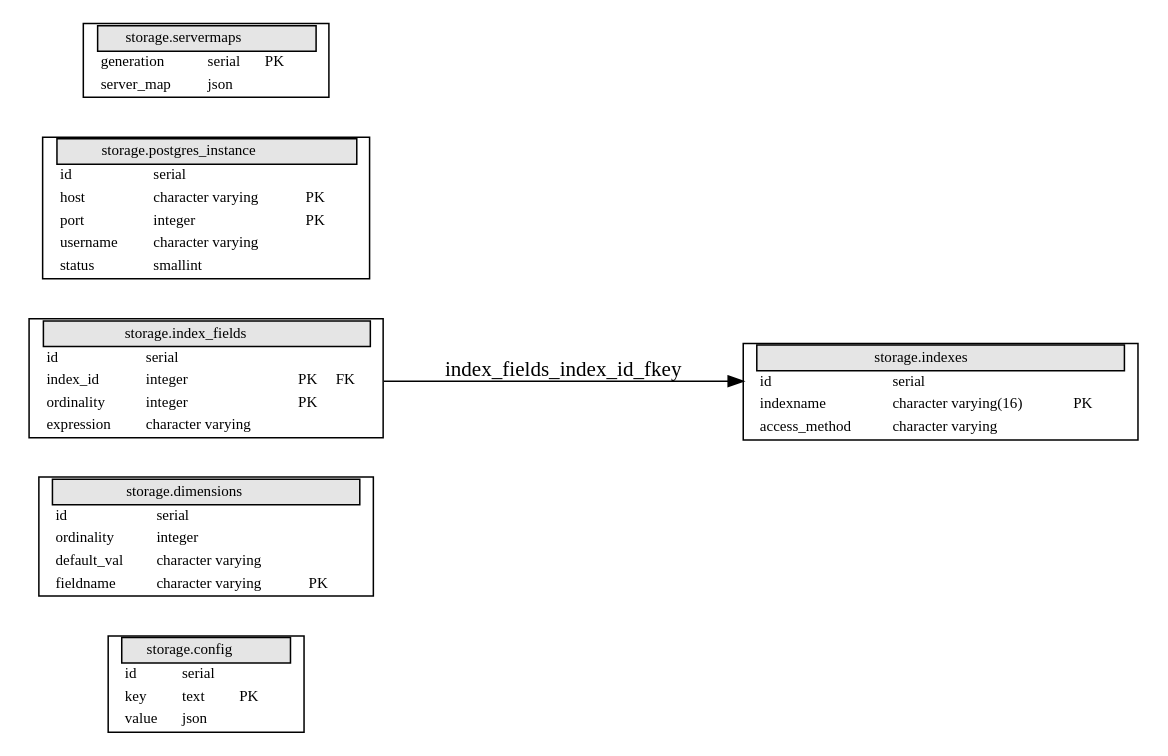
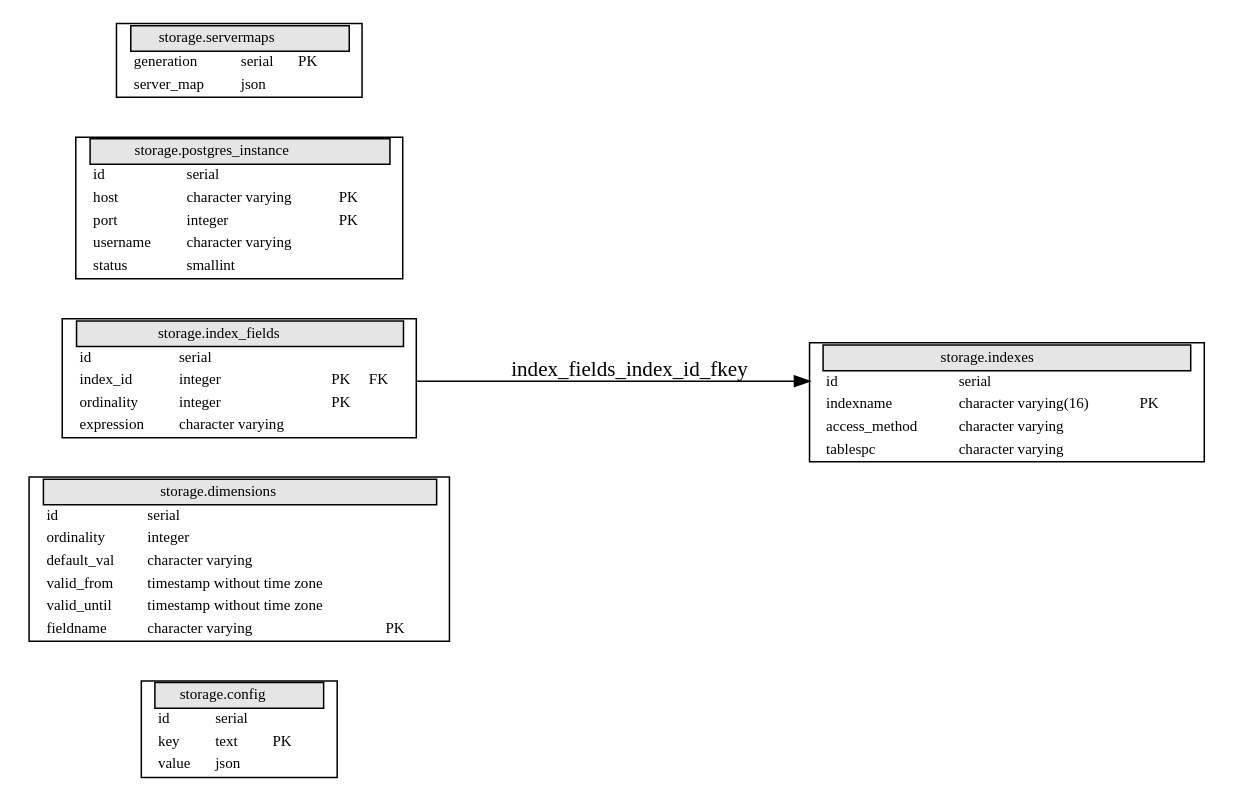
Before and after one commit to onemoredata/bagger: the diagram in docs/database/lenkwerk.dot, drawn with Graphviz. The commit also changed 13 other files, not shown here.

First line of the commit message:
Added valid_from/valid_until for dimensions

```diff
--- a/docs/database/lenkwerk.dot
+++ b/docs/database/lenkwerk.dot
@@ -1,29 +1,29 @@
 digraph g {
 graph [
 rankdir = "LR",
 concentrate = true,
 ratio = auto
 ];
 node [
 fontsize = "10",
 shape = record
 ];
 edge [
 ];
 
 "storage.config" [shape = plaintext, label = < <TABLE BORDER="1" CELLBORDER="0" CELLSPACING="0"> <TR ><TD PORT="ltcol0"> </TD> <TD bgcolor="grey90" border="1" COLSPAN="4"> \N </TD> <TD PORT="rtcol0"></TD></TR>  <TR><TD PORT="ltcol1" ></TD><TD align="left" > id </TD><TD align="left" > serial </TD><TD align="left" >  </TD><TD align="left" >  </TD><TD align="left" PORT="rtcol1"> </TD></TR> <TR><TD PORT="ltcol2" ></TD><TD align="left" > key </TD><TD align="left" > text </TD><TD align="left" > PK </TD><TD align="left" >  </TD><TD align="left" PORT="rtcol2"> </TD></TR> <TR><TD PORT="ltcol3" ></TD><TD align="left" > value </TD><TD align="left" > json </TD><TD align="left" >  </TD><TD align="left" >  </TD><TD align="left" PORT="rtcol3"> </TD></TR> </TABLE>> ];
 
-"storage.dimensions" [shape = plaintext, label = < <TABLE BORDER="1" CELLBORDER="0" CELLSPACING="0"> <TR ><TD PORT="ltcol0"> </TD> <TD bgcolor="grey90" border="1" COLSPAN="4"> \N </TD> <TD PORT="rtcol0"></TD></TR>  <TR><TD PORT="ltcol1" ></TD><TD align="left" > id </TD><TD align="left" > serial </TD><TD align="left" >  </TD><TD align="left" >  </TD><TD align="left" PORT="rtcol1"> </TD></TR> <TR><TD PORT="ltcol2" ></TD><TD align="left" > ordinality </TD><TD align="left" > integer </TD><TD align="left" >  </TD><TD align="left" >  </TD><TD align="left" PORT="rtcol2"> </TD></TR> <TR><TD PORT="ltcol3" ></TD><TD align="left" > default_val </TD><TD align="left" > character varying </TD><TD align="left" >  </TD><TD align="left" >  </TD><TD align="left" PORT="rtcol3"> </TD></TR> <TR><TD PORT="ltcol4" ></TD><TD align="left" > fieldname </TD><TD align="left" > character varying </TD><TD align="left" > PK </TD><TD align="left" >  </TD><TD align="left" PORT="rtcol4"> </TD></TR> </TABLE>> ];
+"storage.dimensions" [shape = plaintext, label = < <TABLE BORDER="1" CELLBORDER="0" CELLSPACING="0"> <TR ><TD PORT="ltcol0"> </TD> <TD bgcolor="grey90" border="1" COLSPAN="4"> \N </TD> <TD PORT="rtcol0"></TD></TR>  <TR><TD PORT="ltcol1" ></TD><TD align="left" > id </TD><TD align="left" > serial </TD><TD align="left" >  </TD><TD align="left" >  </TD><TD align="left" PORT="rtcol1"> </TD></TR> <TR><TD PORT="ltcol2" ></TD><TD align="left" > ordinality </TD><TD align="left" > integer </TD><TD align="left" >  </TD><TD align="left" >  </TD><TD align="left" PORT="rtcol2"> </TD></TR> <TR><TD PORT="ltcol3" ></TD><TD align="left" > default_val </TD><TD align="left" > character varying </TD><TD align="left" >  </TD><TD align="left" >  </TD><TD align="left" PORT="rtcol3"> </TD></TR> <TR><TD PORT="ltcol4" ></TD><TD align="left" > valid_from </TD><TD align="left" > timestamp without time zone </TD><TD align="left" >  </TD><TD align="left" >  </TD><TD align="left" PORT="rtcol4"> </TD></TR> <TR><TD PORT="ltcol5" ></TD><TD align="left" > valid_until </TD><TD align="left" > timestamp without time zone </TD><TD align="left" >  </TD><TD align="left" >  </TD><TD align="left" PORT="rtcol5"> </TD></TR> <TR><TD PORT="ltcol6" ></TD><TD align="left" > fieldname </TD><TD align="left" > character varying </TD><TD align="left" > PK </TD><TD align="left" >  </TD><TD align="left" PORT="rtcol6"> </TD></TR> </TABLE>> ];
 
 "storage.index_fields" [shape = plaintext, label = < <TABLE BORDER="1" CELLBORDER="0" CELLSPACING="0"> <TR ><TD PORT="ltcol0"> </TD> <TD bgcolor="grey90" border="1" COLSPAN="4"> \N </TD> <TD PORT="rtcol0"></TD></TR>  <TR><TD PORT="ltcol1" ></TD><TD align="left" > id </TD><TD align="left" > serial </TD><TD align="left" >  </TD><TD align="left" >  </TD><TD align="left" PORT="rtcol1"> </TD></TR> <TR><TD PORT="ltcol2" ></TD><TD align="left" > index_id </TD><TD align="left" > integer </TD><TD align="left" > PK </TD><TD align="left" > FK </TD><TD align="left" PORT="rtcol2"> </TD></TR> <TR><TD PORT="ltcol3" ></TD><TD align="left" > ordinality </TD><TD align="left" > integer </TD><TD align="left" > PK </TD><TD align="left" >  </TD><TD align="left" PORT="rtcol3"> </TD></TR> <TR><TD PORT="ltcol4" ></TD><TD align="left" > expression </TD><TD align="left" > character varying </TD><TD align="left" >  </TD><TD align="left" >  </TD><TD align="left" PORT="rtcol4"> </TD></TR> </TABLE>> ];
 
-"storage.indexes" [shape = plaintext, label = < <TABLE BORDER="1" CELLBORDER="0" CELLSPACING="0"> <TR ><TD PORT="ltcol0"> </TD> <TD bgcolor="grey90" border="1" COLSPAN="4"> \N </TD> <TD PORT="rtcol0"></TD></TR>  <TR><TD PORT="ltcol1" ></TD><TD align="left" > id </TD><TD align="left" > serial </TD><TD align="left" >  </TD><TD align="left" >  </TD><TD align="left" PORT="rtcol1"> </TD></TR> <TR><TD PORT="ltcol2" ></TD><TD align="left" > indexname </TD><TD align="left" > character varying(16) </TD><TD align="left" > PK </TD><TD align="left" >  </TD><TD align="left" PORT="rtcol2"> </TD></TR> <TR><TD PORT="ltcol3" ></TD><TD align="left" > access_method </TD><TD align="left" > character varying </TD><TD align="left" >  </TD><TD align="left" >  </TD><TD align="left" PORT="rtcol3"> </TD></TR> </TABLE>> ];
+"storage.indexes" [shape = plaintext, label = < <TABLE BORDER="1" CELLBORDER="0" CELLSPACING="0"> <TR ><TD PORT="ltcol0"> </TD> <TD bgcolor="grey90" border="1" COLSPAN="4"> \N </TD> <TD PORT="rtcol0"></TD></TR>  <TR><TD PORT="ltcol1" ></TD><TD align="left" > id </TD><TD align="left" > serial </TD><TD align="left" >  </TD><TD align="left" >  </TD><TD align="left" PORT="rtcol1"> </TD></TR> <TR><TD PORT="ltcol2" ></TD><TD align="left" > indexname </TD><TD align="left" > character varying(16) </TD><TD align="left" > PK </TD><TD align="left" >  </TD><TD align="left" PORT="rtcol2"> </TD></TR> <TR><TD PORT="ltcol3" ></TD><TD align="left" > access_method </TD><TD align="left" > character varying </TD><TD align="left" >  </TD><TD align="left" >  </TD><TD align="left" PORT="rtcol3"> </TD></TR> <TR><TD PORT="ltcol4" ></TD><TD align="left" > tablespc </TD><TD align="left" > character varying </TD><TD align="left" >  </TD><TD align="left" >  </TD><TD align="left" PORT="rtcol4"> </TD></TR> </TABLE>> ];
 
 "storage.postgres_instance" [shape = plaintext, label = < <TABLE BORDER="1" CELLBORDER="0" CELLSPACING="0"> <TR ><TD PORT="ltcol0"> </TD> <TD bgcolor="grey90" border="1" COLSPAN="4"> \N </TD> <TD PORT="rtcol0"></TD></TR>  <TR><TD PORT="ltcol1" ></TD><TD align="left" > id </TD><TD align="left" > serial </TD><TD align="left" >  </TD><TD align="left" >  </TD><TD align="left" PORT="rtcol1"> </TD></TR> <TR><TD PORT="ltcol2" ></TD><TD align="left" > host </TD><TD align="left" > character varying </TD><TD align="left" > PK </TD><TD align="left" >  </TD><TD align="left" PORT="rtcol2"> </TD></TR> <TR><TD PORT="ltcol3" ></TD><TD align="left" > port </TD><TD align="left" > integer </TD><TD align="left" > PK </TD><TD align="left" >  </TD><TD align="left" PORT="rtcol3"> </TD></TR> <TR><TD PORT="ltcol4" ></TD><TD align="left" > username </TD><TD align="left" > character varying </TD><TD align="left" >  </TD><TD align="left" >  </TD><TD align="left" PORT="rtcol4"> </TD></TR> <TR><TD PORT="ltcol5" ></TD><TD align="left" > status </TD><TD align="left" > smallint </TD><TD align="left" >  </TD><TD align="left" >  </TD><TD align="left" PORT="rtcol5"> </TD></TR> </TABLE>> ];
 
 "storage.servermaps" [shape = plaintext, label = < <TABLE BORDER="1" CELLBORDER="0" CELLSPACING="0"> <TR ><TD PORT="ltcol0"> </TD> <TD bgcolor="grey90" border="1" COLSPAN="4"> \N </TD> <TD PORT="rtcol0"></TD></TR>  <TR><TD PORT="ltcol1" ></TD><TD align="left" > generation </TD><TD align="left" > serial </TD><TD align="left" > PK </TD><TD align="left" >  </TD><TD align="left" PORT="rtcol1"> </TD></TR> <TR><TD PORT="ltcol2" ></TD><TD align="left" > server_map </TD><TD align="left" > json </TD><TD align="left" >  </TD><TD align="left" >  </TD><TD align="left" PORT="rtcol2"> </TD></TR> </TABLE>> ];
 
 
 
 "storage.index_fields":rtcol2 -> "storage.indexes":ltcol1 [label="index_fields_index_id_fkey"];
 }
```
